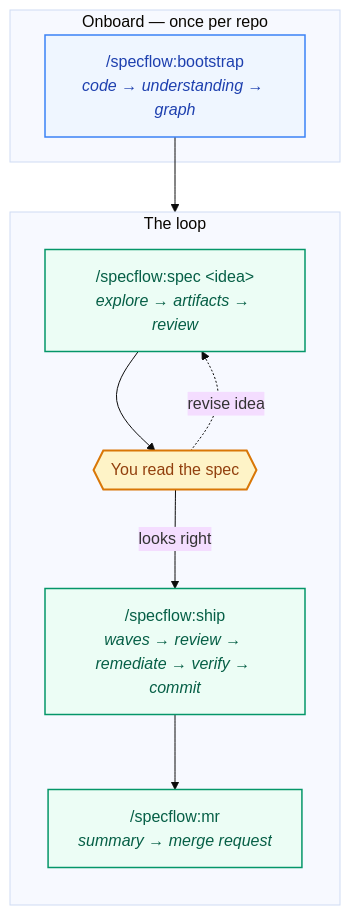
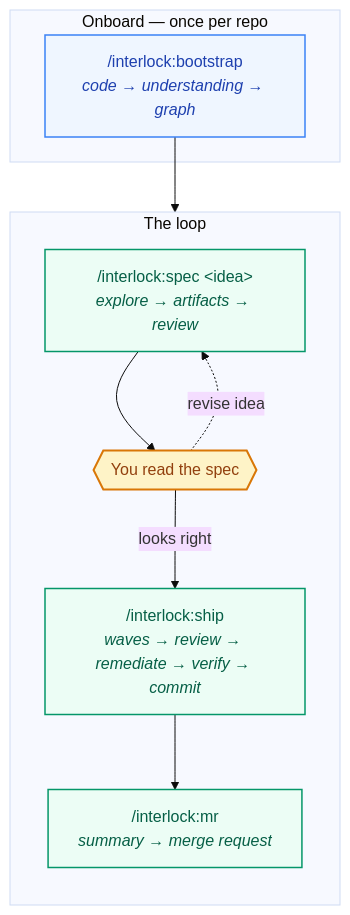
The diagram in README.md (renzrollon/interlock), drawn with Mermaid (base theme) before and after one commit. The commit also changed other lines of this file and 79 other files, not shown here.

````diff
--- a/README.md
+++ b/README.md
@@ -20,28 +46,28 @@
 ```mermaid
 flowchart TB
   subgraph once["Onboard — once per repo"]
-    B["/specflow:bootstrap<br/><i>code → understanding → graph</i>"]
+    B["/interlock:bootstrap<br/><i>code → understanding → graph</i>"]
   end
 
   subgraph loop["The loop"]
     direction TB
-    S["/specflow:spec &lt;idea&gt;<br/><i>explore → artifacts → review</i>"]
+    S["/interlock:spec &lt;idea&gt;<br/><i>explore → artifacts → review</i>"]
     H{{"You read the spec"}}
-    P["/specflow:ship<br/><i>waves → review → remediate → verify → commit</i>"]
-    M["/specflow:mr<br/><i>summary → merge request</i>"]
+    P["/interlock:ship<br/><i>waves → review → remediate → verify → commit</i>"]
+    M["/interlock:mr<br/><i>summary → merge request</i>"]
 
     S --> H
     H -->|"looks right"| P
     H -.->|"revise idea"| S
     P --> M
   end
 
   B --> S
 
   classDef human fill:#fef3c7,stroke:#d97706,stroke-width:2px,color:#92400e
   classDef cmd fill:#ecfdf5,stroke:#059669,stroke-width:1.5px,color:#065f46
   classDef onboard fill:#eff6ff,stroke:#3b82f6,stroke-width:1.5px,color:#1e40af
   class B onboard
   class S,P,M cmd
   class H human
 ```
````
